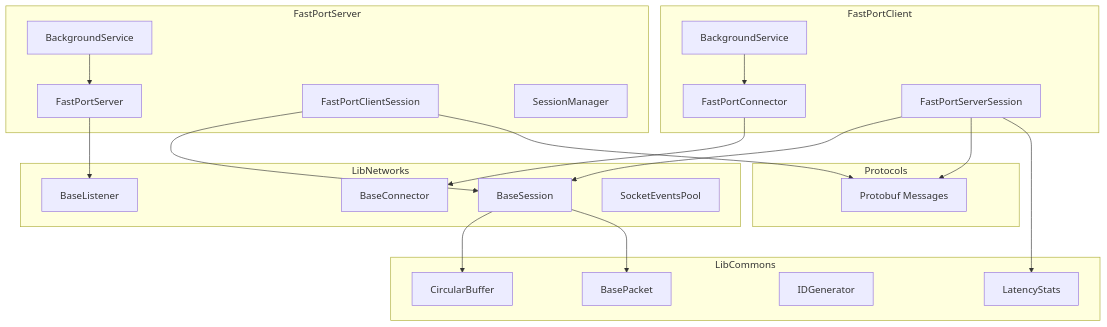
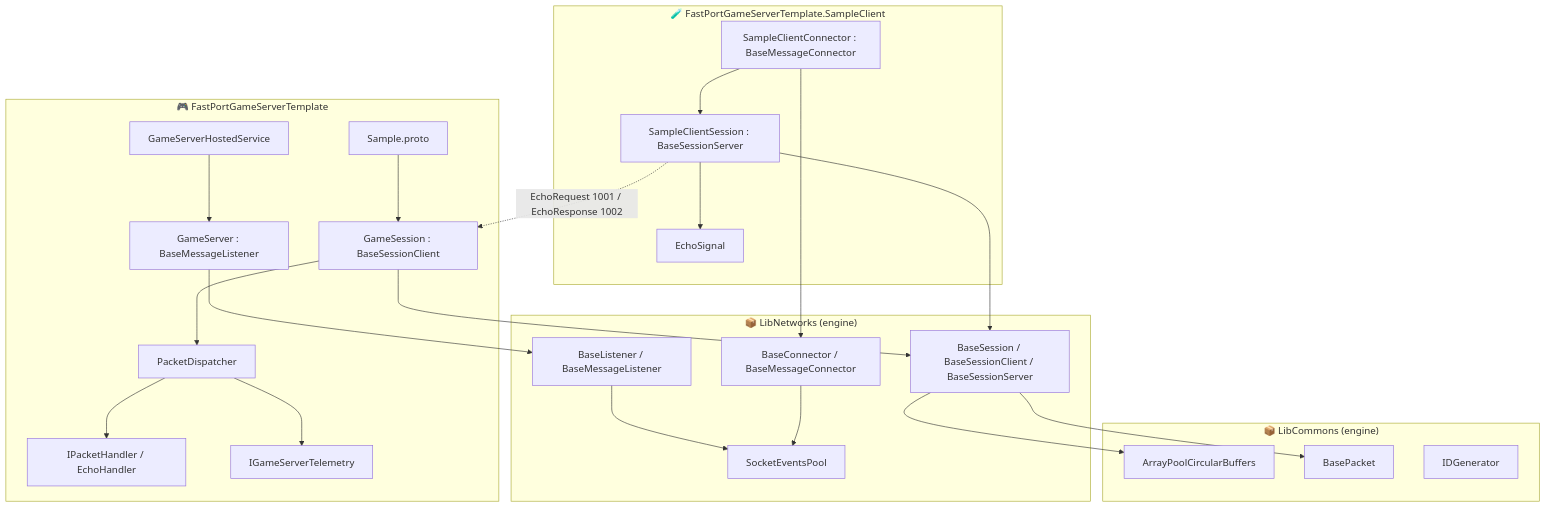
Before and after one commit to boinred/FastPortSharp: the first of 2 diagrams in README.ko.md, drawn with Mermaid. The commit also changed other lines of this file and 38 other files, not shown here.

First line of the commit message:
Add FastPortGameServerTemplate game server starter

````diff
--- a/README.ko.md
+++ b/README.ko.md
@@ -120,49 +224,51 @@
 ```mermaid
 flowchart TB
-    subgraph Client ["FastPortClient"]
-        CC[FastPortConnector]
-        CSS[FastPortServerSession]
-        CBS[BackgroundService]
+    subgraph Template ["🎮 FastPortGameServerTemplate"]
+        GS[GameServer : BaseMessageListener]
+        GHS[GameServerHostedService]
+        GSE[GameSession : BaseSessionClient]
+        PD[PacketDispatcher]
+        PH[IPacketHandler / EchoHandler]
+        TGT[IGameServerTelemetry]
+        SP[Sample.proto]
     end
-    
-    subgraph Server ["FastPortServer"]
-        FS[FastPortServer]
-        FCS[FastPortClientSession]
-        FSM[SessionManager]
-        SBS[BackgroundService]
+
+    subgraph SampleClient ["🧪 FastPortGameServerTemplate.SampleClient"]
+        SC[SampleClientConnector : BaseMessageConnector]
+        SCS[SampleClientSession : BaseSessionServer]
+        ES[EchoSignal]
     end
-    
-    subgraph LibNetworks ["LibNetworks"]
-        BL[BaseListener]
-        BC[BaseConnector]
-        BS[BaseSession]
+
+    subgraph LibNetworks ["📦 LibNetworks (engine)"]
+        BL[BaseListener / BaseMessageListener]
+        BC[BaseConnector / BaseMessageConnector]
+        BS[BaseSession / BaseSessionClient / BaseSessionServer]
         SEP[SocketEventsPool]
     end
-    
-    subgraph LibCommons ["LibCommons"]
-        CB[CircularBuffer]
+
+    subgraph LibCommons ["📦 LibCommons (engine)"]
+        CB[ArrayPoolCircularBuffers]
         BP[BasePacket]
         IDG[IDGenerator]
-        LS[LatencyStats]
     end
-    
-    subgraph Protocols ["Protocols"]
-        PB[Protobuf Messages]
-    end
-    
-    CC --> BC
-    CSS --> BS
-    FS --> BL
-    FCS --> BS
-    
+
+    GS --> BL
+    GHS --> GS
+    GSE --> BS
+    GSE --> PD
+    PD --> PH
+    PD --> TGT
+    SP --> GSE
+
+    SC --> BC
+    SCS --> BS
+    SC --> SCS
+    SCS --> ES
+
     BS --> CB
     BS --> BP
-    
-    FCS --> PB
-    CSS --> PB
-    
-    CBS --> CC
-    SBS --> FS
-    
-    CSS --> LS
+    BL --> SEP
+    BC --> SEP
+
+    SCS -. EchoRequest 1001 / EchoResponse 1002 .-> GSE
 ```
````
